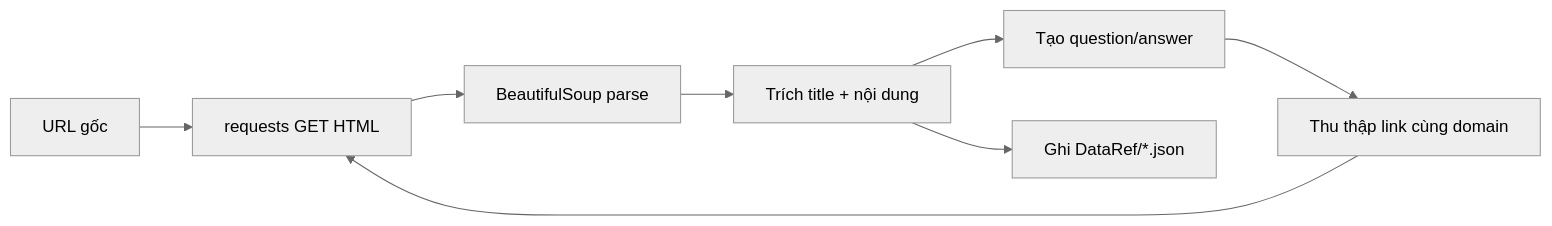
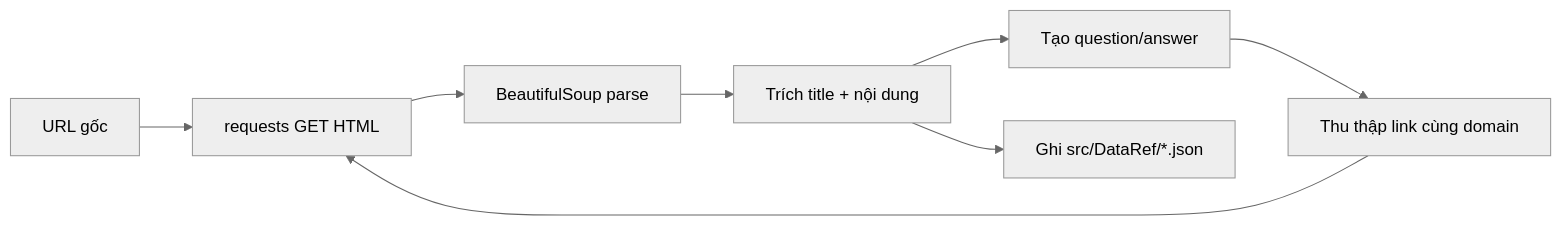
The ninth of 12 diagrams in Report/NHOM12_PHATTRIENHETHONGTHONGMINH.md (huyht080288/MotorcycleAdvisorChatbot), drawn with Mermaid (neutral theme) before and after one commit. The commit also changed other lines of this file and 37 other files, not shown here.

````diff
--- a/Report/NHOM12_PHATTRIENHETHONGTHONGMINH.md
+++ b/Report/NHOM12_PHATTRIENHETHONGTHONGMINH.md
@@ -488,10 +533,10 @@
 ```mermaid
 flowchart LR
     A[URL gốc] --> B[requests GET HTML]
     B --> C[BeautifulSoup parse]
     C --> D[Trích title + nội dung]
     D --> E[Tạo question/answer]
     E --> F[Thu thập link cùng domain]
     F --> B
-    D --> G[Ghi DataRef/*.json]
+    D --> G[Ghi src/DataRef/*.json]
 ```
````
